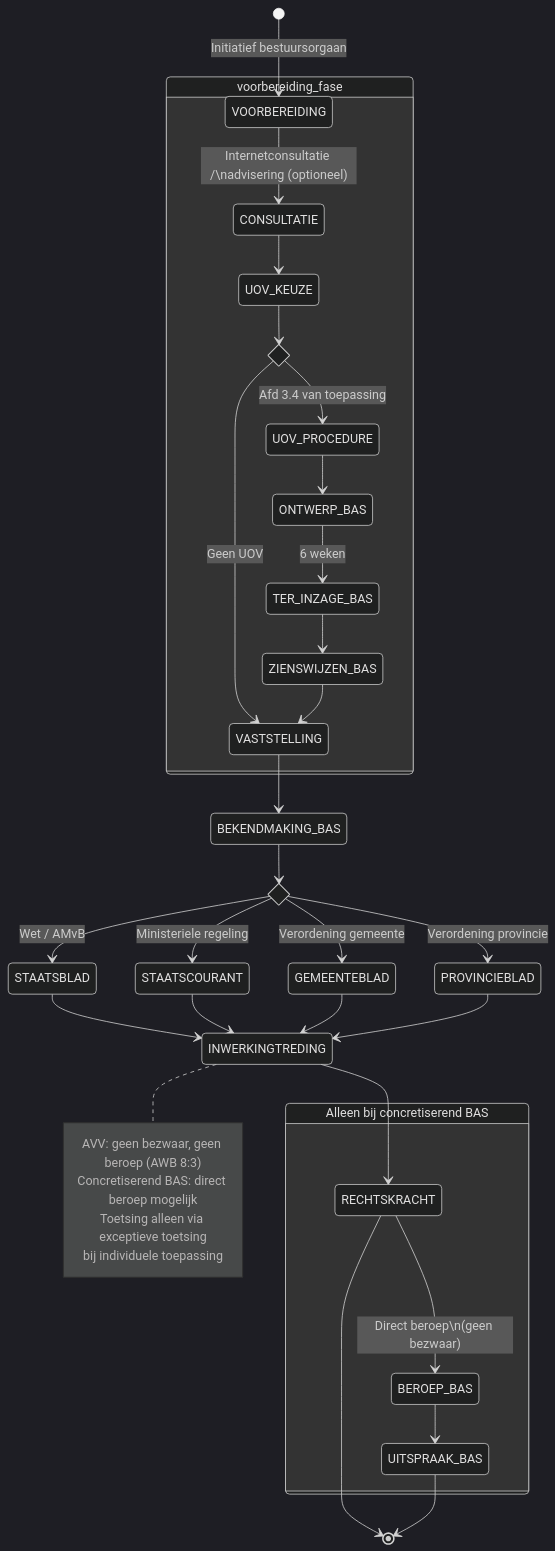
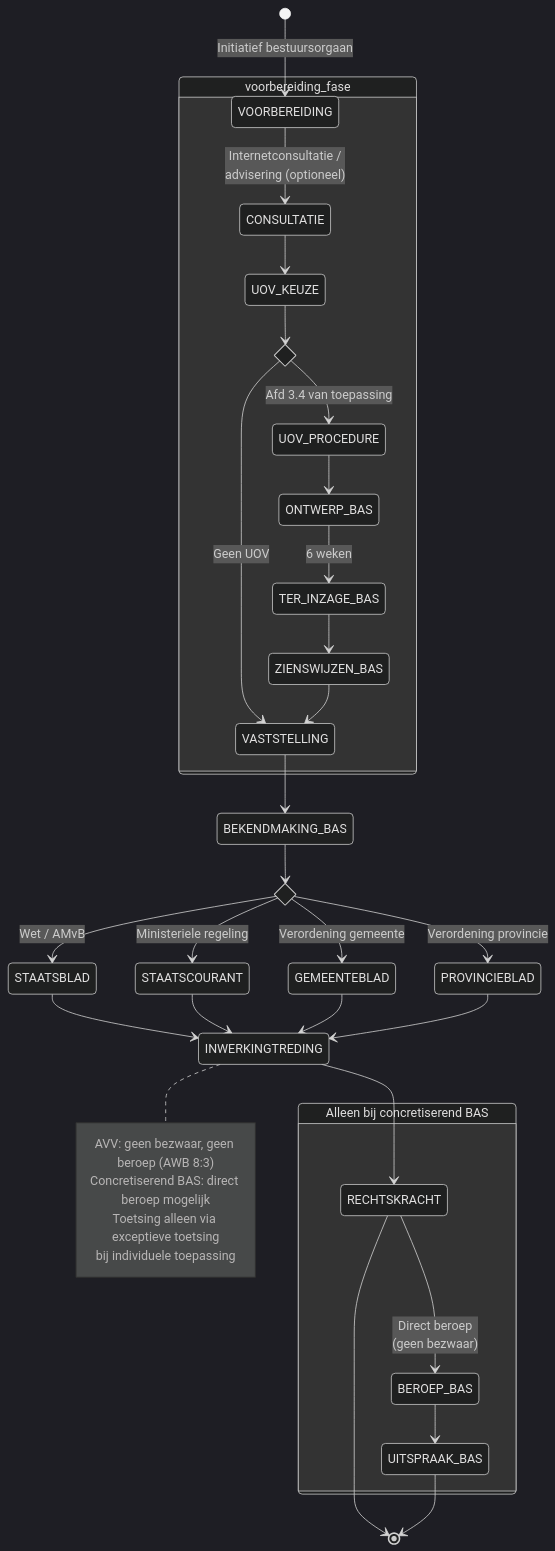
One commit to MinBZK/regelrecht changed the fifth of 5 diagrams in docs/src/content/rfcs/rfc-008.md. Above: the diagram before and after it, drawn with Mermaid (dark theme). The commit also changed other lines of this file and 15 other files, not shown here.

First line of the commit message:
feat(docs): a11y-hardening — gate over alle pagina's, axe, mermaid- en contrastfixes

````diff
--- a/docs/src/content/rfcs/rfc-008.md
+++ b/docs/src/content/rfcs/rfc-008.md
@@ -752,51 +752,51 @@
 ```mermaid
 stateDiagram-v2
     [*] --> VOORBEREIDING: Initiatief bestuursorgaan
 
     state voorbereiding_fase {
-        VOORBEREIDING --> CONSULTATIE: Internetconsultatie /\nadvisering (optioneel)
+        VOORBEREIDING --> CONSULTATIE: Internetconsultatie /<br/>advisering (optioneel)
         CONSULTATIE --> UOV_KEUZE
 
         state uov_ja_nee <<choice>>
         UOV_KEUZE --> uov_ja_nee
         uov_ja_nee --> UOV_PROCEDURE: Afd 3.4 van toepassing
         uov_ja_nee --> VASTSTELLING: Geen UOV
 
         UOV_PROCEDURE --> ONTWERP_BAS
         ONTWERP_BAS --> TER_INZAGE_BAS: 6 weken
         TER_INZAGE_BAS --> ZIENSWIJZEN_BAS
         ZIENSWIJZEN_BAS --> VASTSTELLING
     }
 
     VASTSTELLING --> BEKENDMAKING_BAS
 
     state bekendmaking_type <<choice>>
     BEKENDMAKING_BAS --> bekendmaking_type
 
     bekendmaking_type --> STAATSBLAD: Wet / AMvB
     bekendmaking_type --> STAATSCOURANT: Ministeriele regeling
     bekendmaking_type --> GEMEENTEBLAD: Verordening gemeente
     bekendmaking_type --> PROVINCIEBLAD: Verordening provincie
 
     STAATSBLAD --> INWERKINGTREDING
     STAATSCOURANT --> INWERKINGTREDING
     GEMEENTEBLAD --> INWERKINGTREDING
     PROVINCIEBLAD --> INWERKINGTREDING
 
     note right of INWERKINGTREDING
         AVV: geen bezwaar, geen beroep (AWB 8:3)
         Concretiserend BAS: direct beroep mogelijk
         Toetsing alleen via exceptieve toetsing
         bij individuele toepassing
     end note
 
     INWERKINGTREDING --> RECHTSKRACHT
 
     state "Alleen bij concretiserend BAS" as conc_bas {
-        RECHTSKRACHT --> BEROEP_BAS: Direct beroep\n(geen bezwaar)
+        RECHTSKRACHT --> BEROEP_BAS: Direct beroep<br/>(geen bezwaar)
         BEROEP_BAS --> UITSPRAAK_BAS
     }
 
     RECHTSKRACHT --> [*]
     UITSPRAAK_BAS --> [*]
 ```
````
